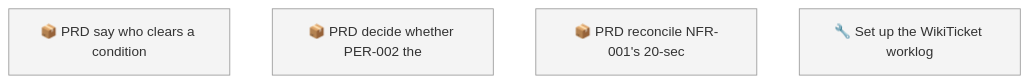
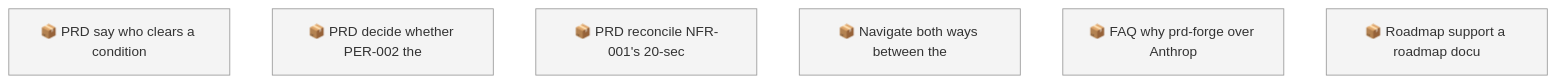
Before and after one commit to SpillwaveSolutions/prd-forge: the first of 2 diagrams in docs/roadmap.md, drawn with Mermaid. The commit also changed other lines of this file and 1 other file, not shown here.

First line of the commit message:
worklog: add issues #22, #23, and #24 to the log

````diff
--- a/docs/roadmap.md
+++ b/docs/roadmap.md
@@ -42,9 +50,11 @@
 ```mermaid
 graph TD
     01M67NBJMD36KW0QP1S9D4SMAD["📦 PRD say who clears a condition"]
     01M67NBJQEWFPJ4YZADKC6ZXP7["📦 PRD decide whether PER-002 the"]
     01M67NBJTJAPJSEETE5YS6SVMT["📦 PRD reconcile NFR-001's 20-sec"]
-    01M67NBRHEFXC1XVRWCMWAA8V4["🔧 Set up the WikiTicket worklog"]
+    01M67NKWD871BPKRKQEH9G9FX7["📦 Navigate both ways between the"]
+    01M67NKWK65A7E7T3HN3CQVZ4C["📦 FAQ why prd-forge over Anthrop"]
+    01M67NKWT0E0CGYGZYJ8SV6ERN["📦 Roadmap support a roadmap docu"]
     classDef todo fill:#f4f4f4,stroke:#999999
-    class 01M67NBJMD36KW0QP1S9D4SMAD,01M67NBJQEWFPJ4YZADKC6ZXP7,01M67NBJTJAPJSEETE5YS6SVMT,01M67NBRHEFXC1XVRWCMWAA8V4 todo
+    class 01M67NBJMD36KW0QP1S9D4SMAD,01M67NBJQEWFPJ4YZADKC6ZXP7,01M67NBJTJAPJSEETE5YS6SVMT,01M67NKWD871BPKRKQEH9G9FX7,01M67NKWK65A7E7T3HN3CQVZ4C,01M67NKWT0E0CGYGZYJ8SV6ERN todo
 ```
````
